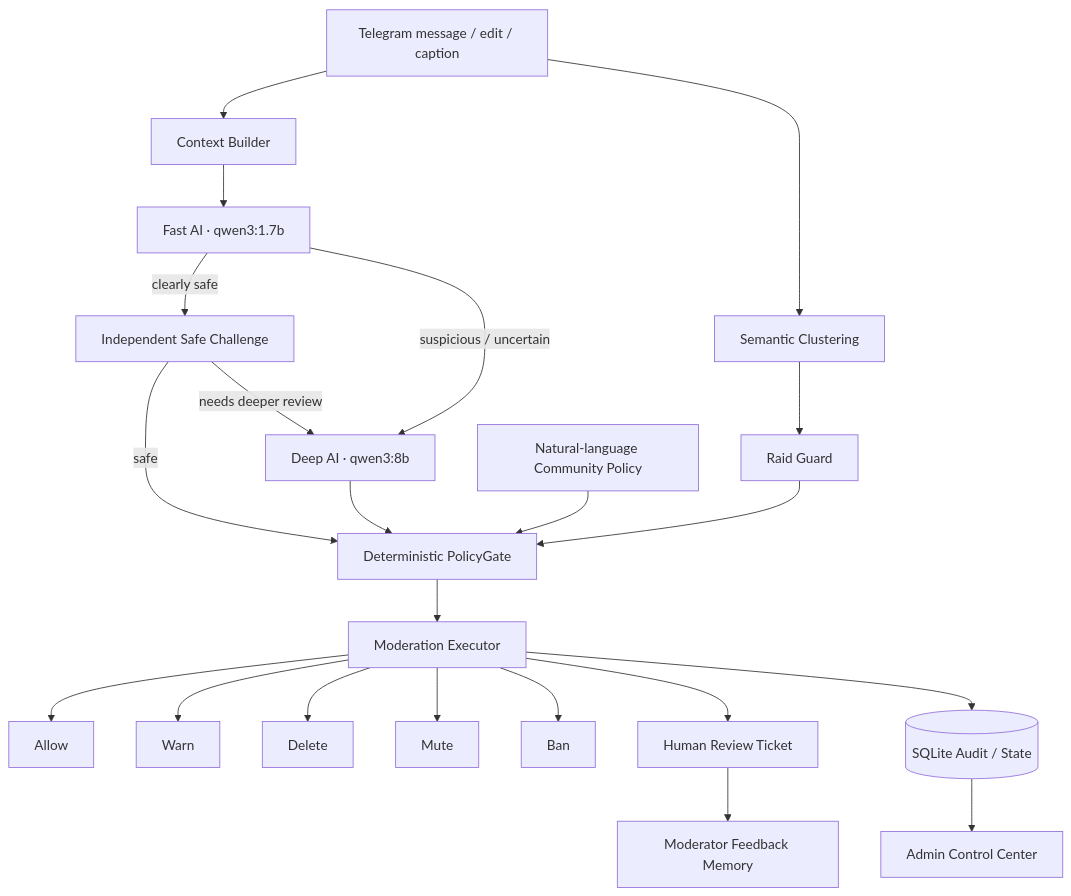
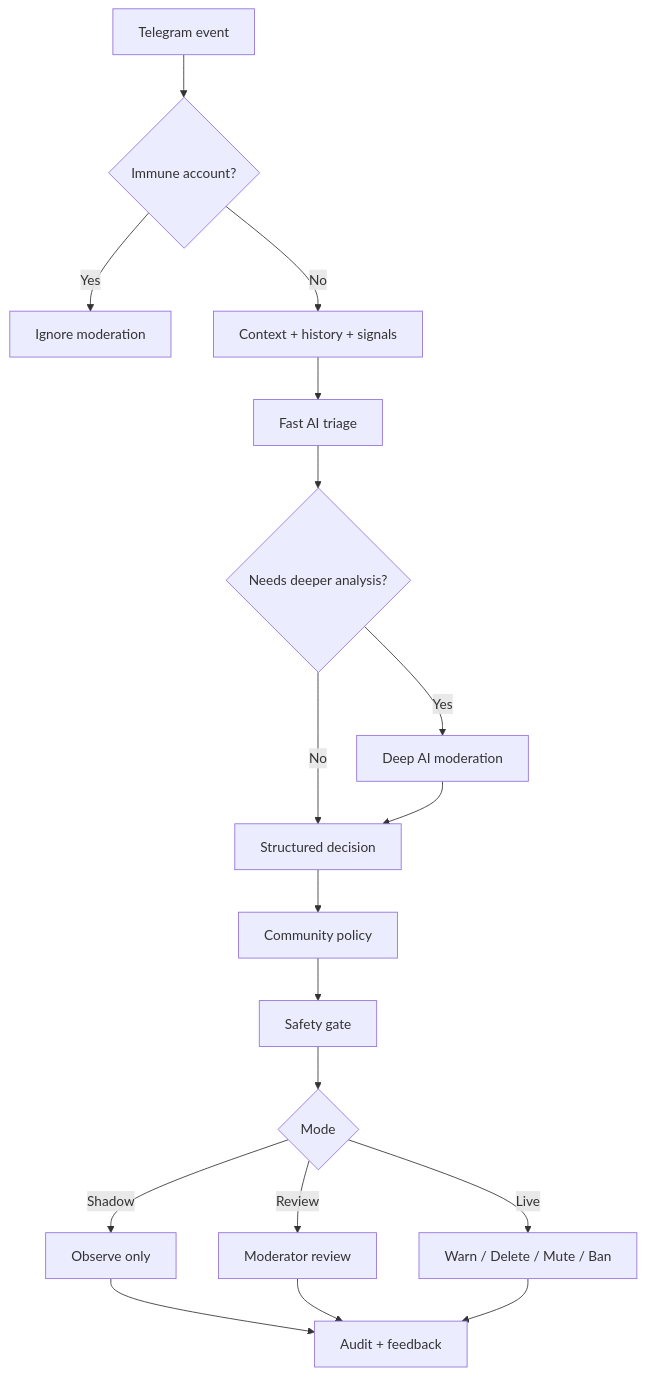
Before and after one commit to 0xkentoshi/modguard: the diagram in README.md, drawn with Mermaid. The commit also changed other lines of this file, not shown here.

````diff
--- a/README.md
+++ b/README.md
@@ -167,29 +30,20 @@
 ```mermaid
 flowchart TD
-    TG[Telegram message / edit / caption] --> CTX[Context Builder]
-    CTX --> FAST[Fast AI · qwen3:1.7b]
-    FAST -->|clearly safe| CHALLENGE[Independent Safe Challenge]
-    FAST -->|suspicious / uncertain| DEEP[Deep AI · qwen3:8b]
-    CHALLENGE -->|safe| POLICY[Deterministic PolicyGate]
-    CHALLENGE -->|needs deeper review| DEEP
-    DEEP --> POLICY
-
-    POLICY --> EXEC[Moderation Executor]
-    EXEC --> ALLOW[Allow]
-    EXEC --> WARN[Warn]
-    EXEC --> DELETE[Delete]
-    EXEC --> MUTE[Mute]
-    EXEC --> BAN[Ban]
-    EXEC --> REVIEW[Human Review Ticket]
-
-    REVIEW --> FEEDBACK[Moderator Feedback Memory]
-
-    EXEC --> AUDIT[(SQLite Audit / State)]
-    AUDIT --> DASH[Admin Control Center]
-
-    TG --> SEM[Semantic Clustering]
-    SEM --> RAID[Raid Guard]
-    RAID --> POLICY
-
-    COMMUNITY[Natural-language Community Policy] --> POLICY
+    A[Telegram event] --> B{Immune account?}
+    B -- Yes --> Z[Ignore moderation]
+    B -- No --> C[Context + history + signals]
+    C --> D[Fast AI triage]
+    D --> E{Needs deeper analysis?}
+    E -- Yes --> F[Deep AI moderation]
+    E -- No --> G[Structured decision]
+    F --> G
+    G --> H[Community policy]
+    H --> I[Safety gate]
+    I --> J{Mode}
+    J -->|Shadow| K[Observe only]
+    J -->|Review| L[Moderator review]
+    J -->|Live| M[Warn / Delete / Mute / Ban]
+    K --> N[Audit + feedback]
+    L --> N
+    M --> N
 ```
````
